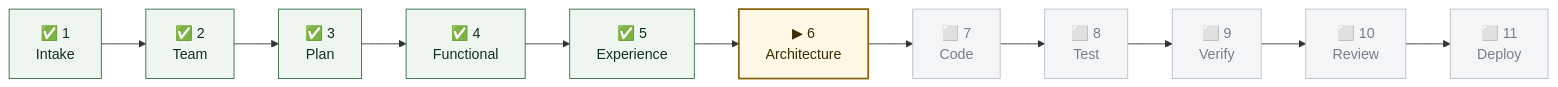
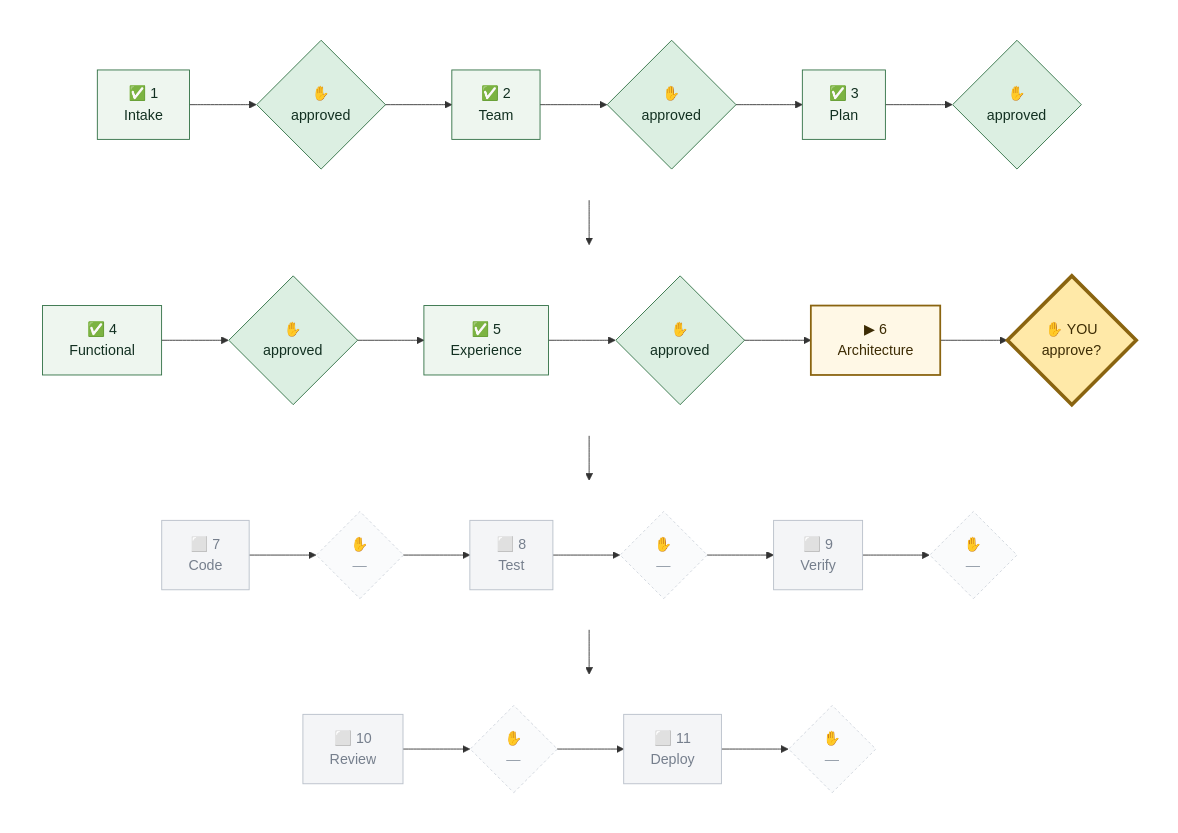
One commit to tandonakhil/AICluadeCode changed the second of 7 diagrams in admin/samples/PIPELINE_WALKTHROUGH.md. Above: the diagram before and after it, drawn with Mermaid. The commit also changed other lines of this file and 5 other files, not shown here.

First line of the commit message:
Graph: wrap at 7 boxes, human checkpoints as activated steps, mandatory control

````diff
--- a/admin/samples/PIPELINE_WALKTHROUGH.md
+++ b/admin/samples/PIPELINE_WALKTHROUGH.md
@@ -172,14 +199,41 @@
 ```mermaid
-flowchart LR
-  G1["✅ 1<br/>Intake"] --> G2["✅ 2<br/>Team"] --> G3["✅ 3<br/>Plan"]
-  G3 --> G4["✅ 4<br/>Functional"] --> G5["✅ 5<br/>Experience"]
-  G5 --> G6["▶ 6<br/>Architecture"] --> G7["⬜ 7<br/>Code"] --> G8["⬜ 8<br/>Test"]
-  G8 --> G9["⬜ 9<br/>Verify"] --> G10["⬜ 10<br/>Review"] --> G11["⬜ 11<br/>Deploy"]
-
+flowchart TB
+  subgraph r1 [" "]
+    direction LR
+    G1["✅ 1<br/>Intake"] --> H1{"✋<br/>approved"} --> G2["✅ 2<br/>Team"] --> H2{"✋<br/>approved"} --> G3["✅ 3<br/>Plan"] --> H3{"✋<br/>approved"}
+  end
+  subgraph r2 [" "]
+    direction LR
+    G4["✅ 4<br/>Functional"] --> H4{"✋<br/>approved"} --> G5["✅ 5<br/>Experience"] --> H5{"✋<br/>approved"} --> G6["▶ 6<br/>Architecture"] --> H6{"✋ YOU<br/>approve?"}
+  end
+  subgraph r3 [" "]
+    direction LR
+    G7["⬜ 7<br/>Code"] --> H7{"✋<br/>—"} --> G8["⬜ 8<br/>Test"] --> H8{"✋<br/>—"} --> G9["⬜ 9<br/>Verify"] --> H9{"✋<br/>—"}
+  end
+  subgraph r4 [" "]
+    direction LR
+    G10["⬜ 10<br/>Review"] --> H10{"✋<br/>—"} --> G11["⬜ 11<br/>Deploy"] --> H11{"✋<br/>—"}
+  end
+  H3 --> G4
+  H6 --> G7
+  H9 --> G10
   classDef done    fill:#eef6ef,stroke:#2f6f43,color:#123021
   classDef active  fill:#fff8e6,stroke:#8a6410,stroke-width:2px,color:#3d2c04
+  classDef looped  fill:#fdf0ec,stroke:#a3341f,stroke-width:2px,color:#3d1109
+  classDef warn    fill:#fff8e6,stroke:#8a6410,stroke-width:2px,color:#3d2c04
   classDef pending fill:#f4f5f7,stroke:#b8bfc9,color:#767f8d
+  classDef skipped fill:#f4f5f7,stroke:#b8bfc9,color:#767f8d,stroke-dasharray:4 3
+  classDef hdone   fill:#dcefe2,stroke:#2f6f43,color:#123021
+  classDef hwait   fill:#ffe9a8,stroke:#8a6410,stroke-width:4px,color:#3d2c04
+  classDef hpend   fill:#fafbfc,stroke:#cfd5dd,color:#98a1ad,stroke-dasharray:3 3
+  classDef hskip   fill:#fafbfc,stroke:#cfd5dd,color:#98a1ad,stroke-dasharray:3 3
+  classDef hnone   fill:#f8ded7,stroke:#a3341f,stroke-width:3px,color:#3d1109
+  classDef rowbox  fill:none,stroke:none
   class G1,G2,G3,G4,G5 done
+  class H1,H2,H3,H4,H5 hdone
   class G6 active
+  class H6 hwait
   class G7,G8,G9,G10,G11 pending
+  class H7,H8,H9,H10,H11 hpend
+  class r1,r2,r3,r4 rowbox
 ```
````
